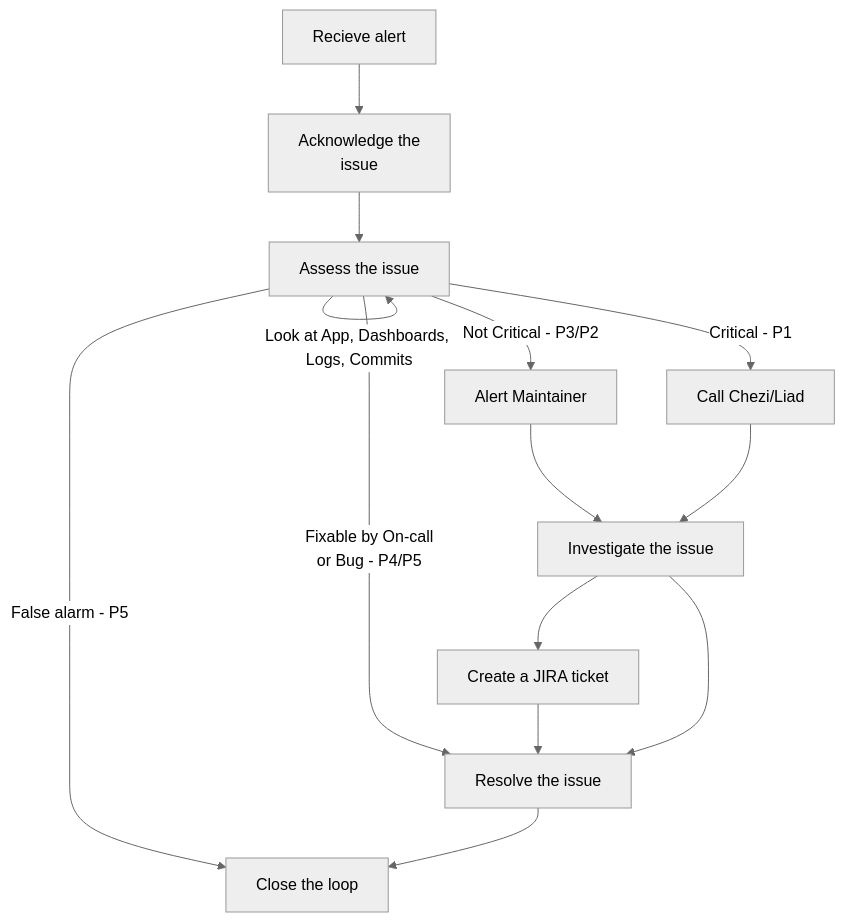
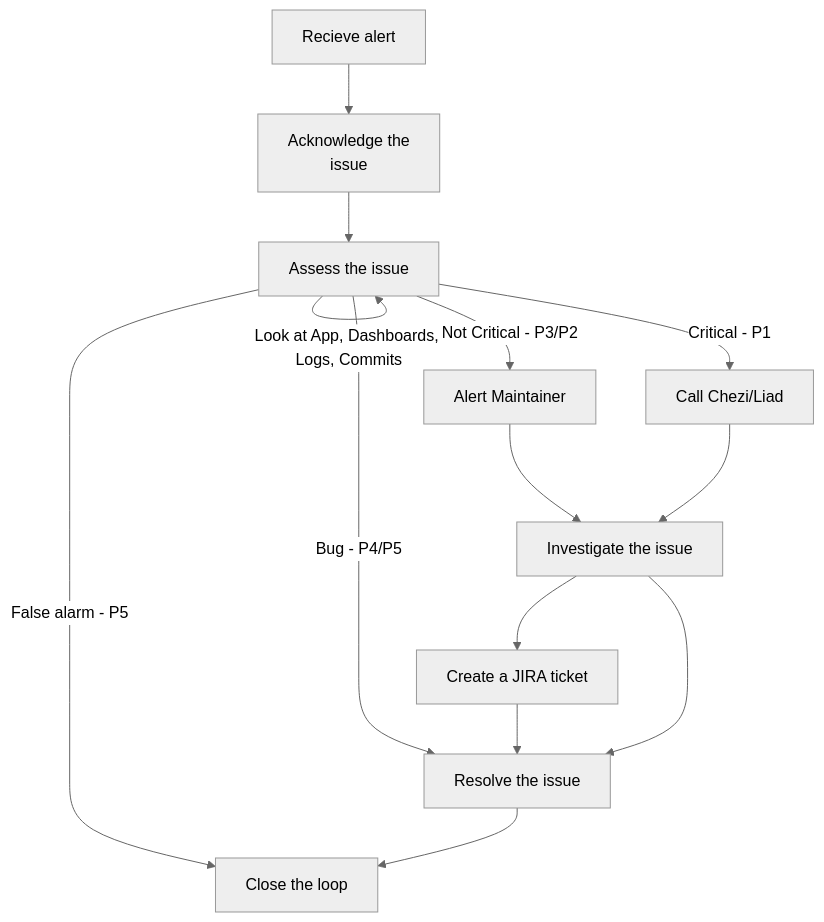
The diagram in src/pages/oncall/sop.md (weaverwhale/docs), drawn with Mermaid (neutral theme) before and after one commit.

````diff
--- a/src/pages/oncall/sop.md
+++ b/src/pages/oncall/sop.md
@@ -8,16 +8,16 @@
 ```mermaid
 flowchart TB
     A[Recieve alert] --> B[Acknowledge the<br> issue]
     B --> C[Assess the issue]
         C -- Look at App, Dashboards, Logs, Commits --> C
-        C -- Fixable by On-call<br>or Bug - P4/P5 --> E[Resolve the issue]
+        C -- Bug - P4/P5 --> E[Resolve the issue]
         C -- Not Critical - P3/P2 --> G[Alert Maintainer]
         C -- Critical - P1 --> F[Call Chezi/Liad]
         C -- False alarm - P5 --> I[P5 - Close the loop]
     G --> H[Investigate the issue]
     F --> H
     H --> J[Create a JIRA ticket]
     J --> E
     H --> E
     E --> I[Close the loop]
 ```
````
